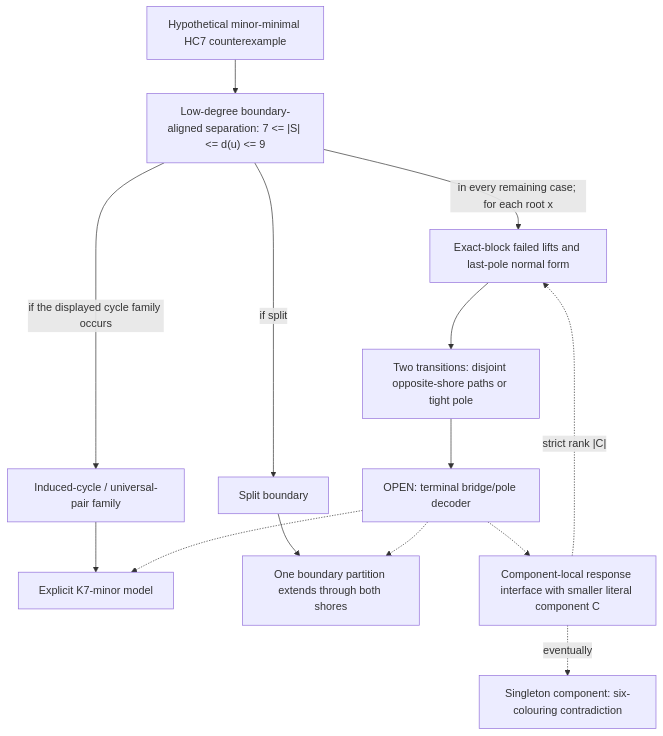
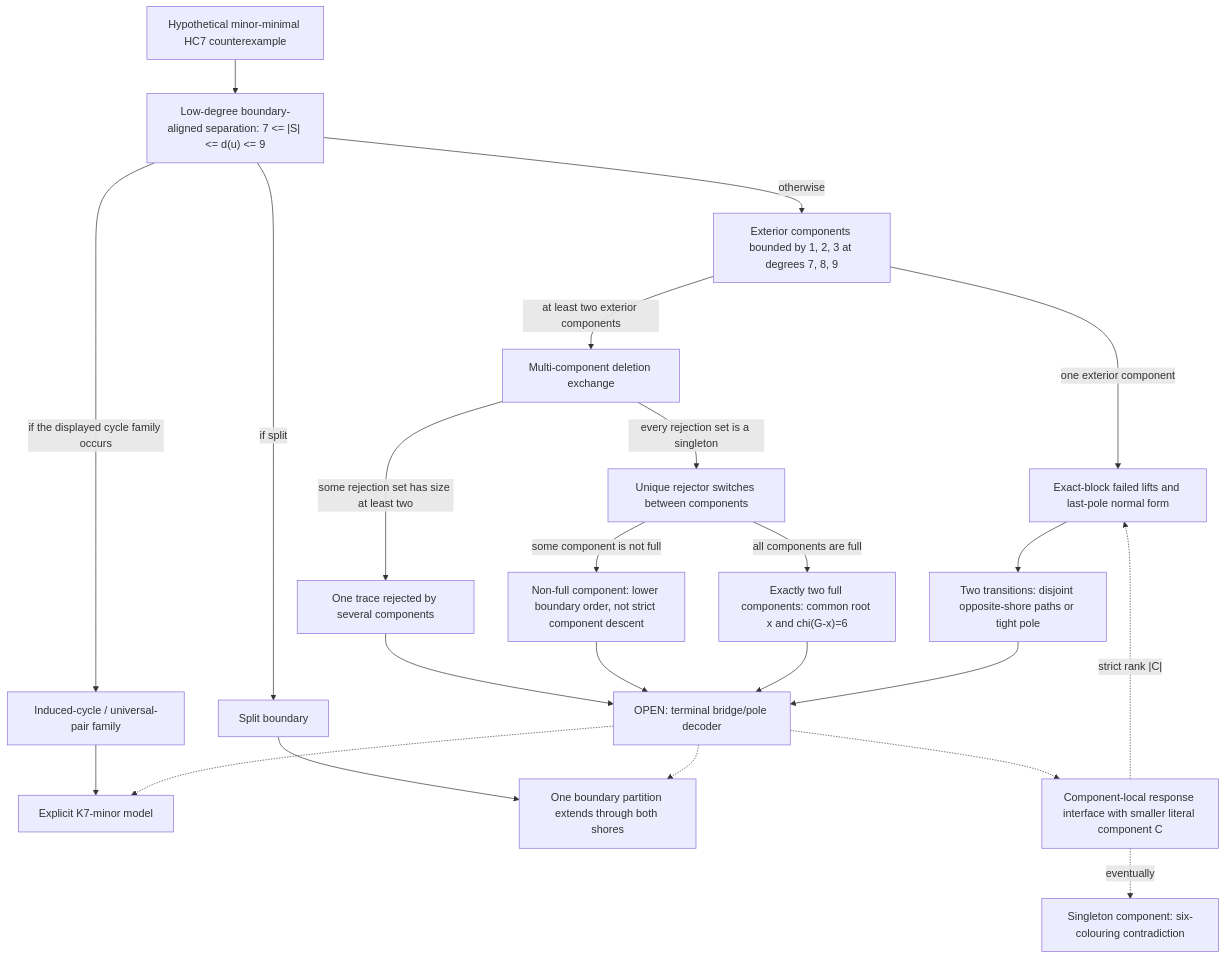
One commit to cavit99/hadwiger-hc7 changed the first of 2 diagrams in active/hc7_live_case_dag.md. Above: the diagram before and after it, drawn with Mermaid. The commit also changed other lines of this file and 12 other files, not shown here.

Commit message:
research: add component-deletion exchange mechanism

````diff
--- a/active/hc7_live_case_dag.md
+++ b/active/hc7_live_case_dag.md
@@ -44,26 +44,38 @@
 ```mermaid
 flowchart TD
   G0["Hypothetical minor-minimal HC7 counterexample"]
   E["Low-degree boundary-aligned separation: 7 <= |S| <= d(u) <= 9"]
+  CN["Exterior components bounded by 1, 2, 3 at degrees 7, 8, 9"]
   SP["Split boundary"]
   CY["Induced-cycle / universal-pair family"]
   KP["Exact-block failed lifts and last-pole normal form"]
   TT["Two transitions: disjoint opposite-shore paths or tight pole"]
+  MX["Multi-component deletion exchange"]
+  CT["One trace rejected by several components"]
+  UR["Unique rejector switches between components"]
+  LB["Non-full component: lower boundary order, not strict component descent"]
+  CR["Exactly two full components: common root x and chi(G-x)=6"]
   M["OPEN: terminal bridge/pole decoder"]
   K7["Explicit K7-minor model"]
   CP["One boundary partition extends through both shores"]
   R["Component-local response interface with smaller literal component C"]
   ONE["Singleton component: six-colouring contradiction"]
 
   G0 --> E
   E -->|"if split"| SP --> CP
   E -->|"if the displayed cycle family occurs"| CY --> K7
-  E -->|"in every remaining case; for each root x"| KP
+  E -->|"otherwise"| CN
+  CN -->|"one exterior component"| KP
+  CN -->|"at least two exterior components"| MX
+  MX -->|"some rejection set has size at least two"| CT --> M
+  MX -->|"every rejection set is a singleton"| UR
+  UR -->|"some component is not full"| LB --> M
+  UR -->|"all components are full"| CR --> M
   KP --> TT
   TT --> M
   M -.-> K7
   M -.-> CP
   M -.-> R
   R -.->|"strict rank |C|"| KP
   R -.->|"eventually"| ONE
 ```
````
